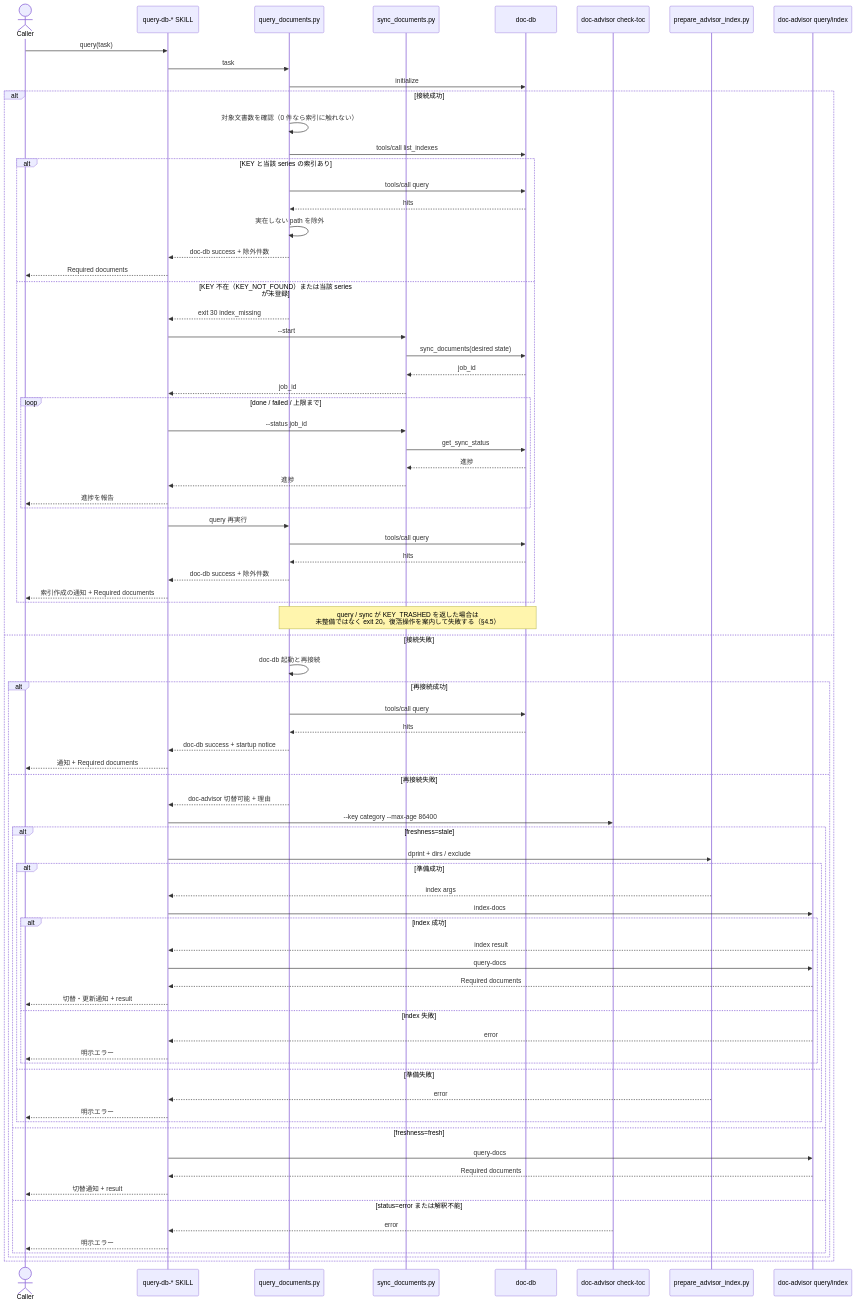
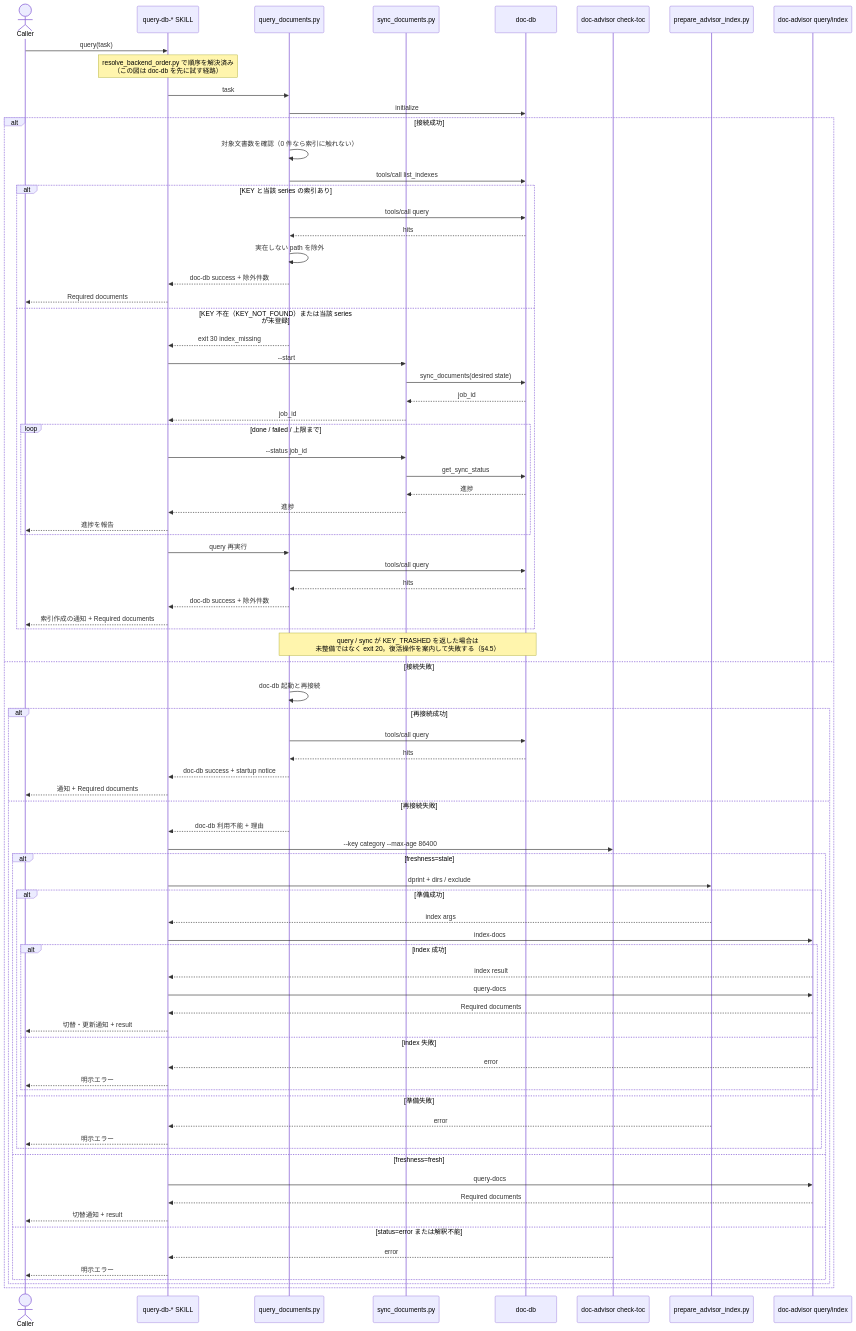
Before and after one commit to BlueEventHorizon/bw-cc-plugins: the second of 3 diagrams in docs/specs/doc-db/design/DES-057_doc_db_backend_selection_design.md, drawn with Mermaid. The commit also changed other lines of this file and 9 other files, not shown here.

First line of the commit message:
feat(doc-db): backend 選択を順序リスト化し既定を doc-advisor 先位へ変更（TASK-020）

```diff
--- a/docs/specs/doc-db/design/DES-057_doc_db_backend_selection_design.md
+++ b/docs/specs/doc-db/design/DES-057_doc_db_backend_selection_design.md
@@ -655,6 +675,7 @@
     participant Advisor as doc-advisor query/index
 
     Caller->>Skill: query(task)
+    Note over Skill: resolve_backend_order.py で順序を解決済み<br/>（この図は doc-db を先に試す経路）
     Skill->>Script: task
     Script->>DB: initialize
     alt 接続成功
@@ -694,7 +715,7 @@
             Script-->>Skill: doc-db success + startup notice
             Skill-->>Caller: 通知 + Required documents
         else 再接続失敗
-            Script-->>Skill: doc-advisor 切替可能 + 理由
+            Script-->>Skill: doc-db 利用不能 + 理由
             Skill->>CheckToc: --key category --max-age 86400
             alt freshness=stale
                 Skill->>Prepare: dprint + dirs / exclude
```
